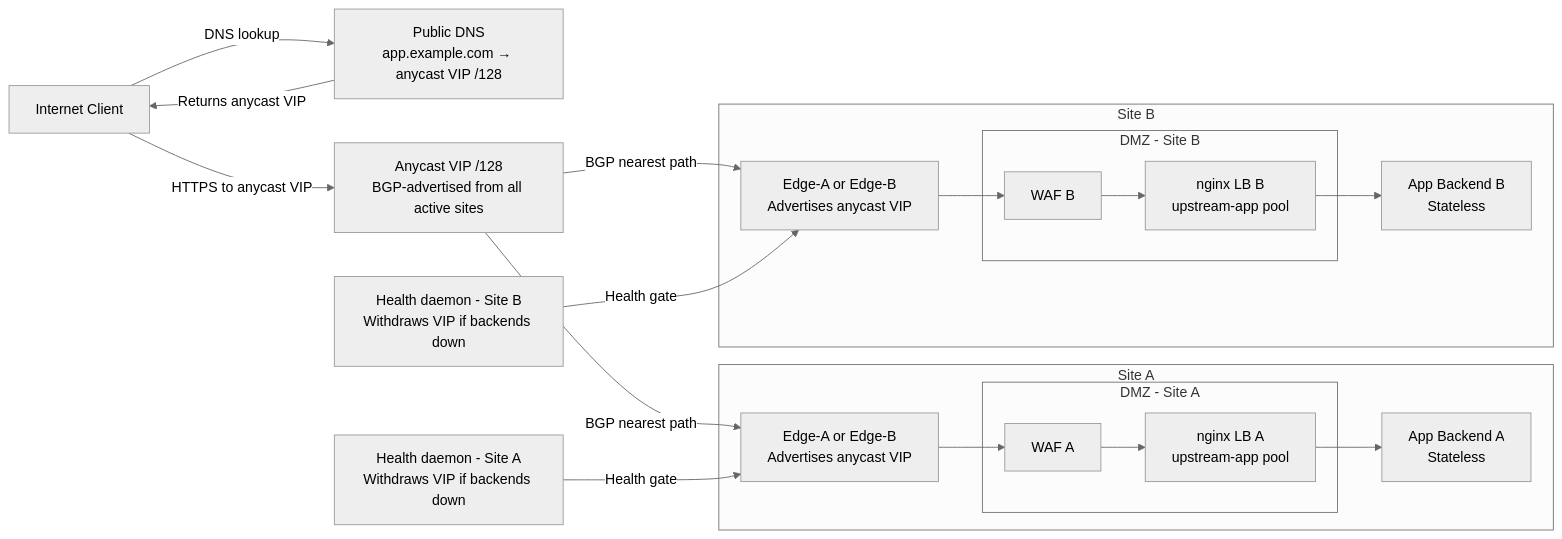
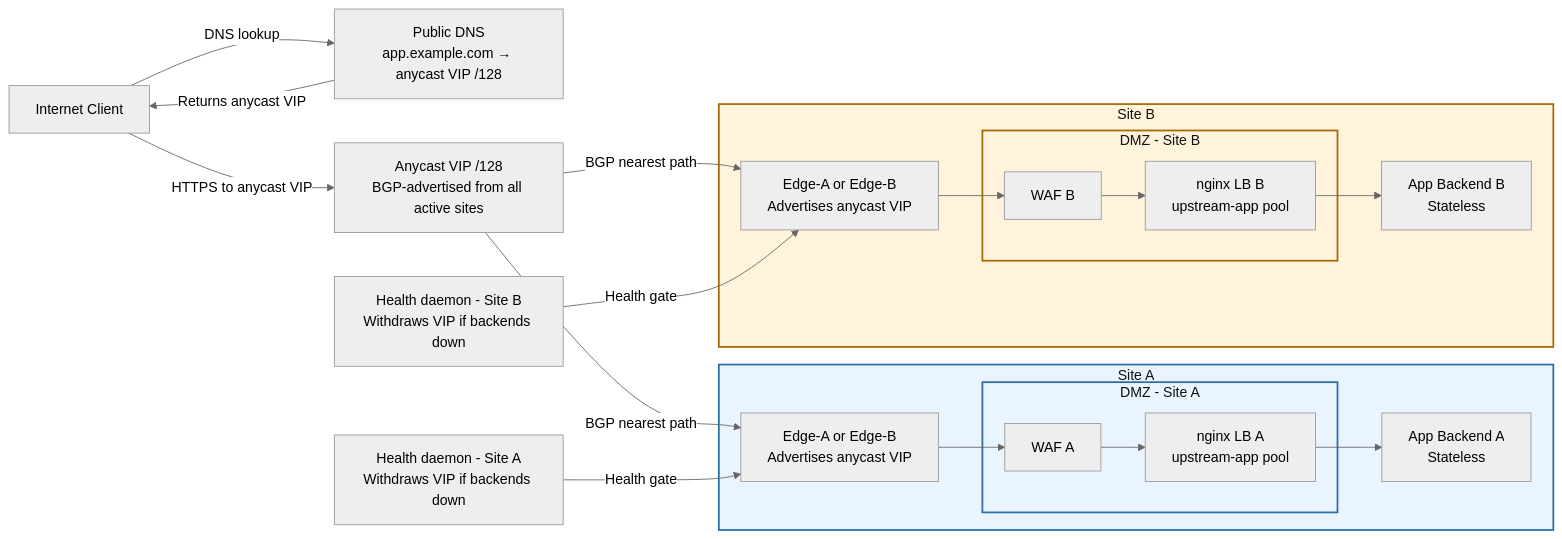
The second of 5 diagrams in network-spanned-dc/docs/03_diagrams/published_apps_flow.mmd.md (pancakesaregood/distributed-dc), drawn with Mermaid (neutral theme) before and after one commit. The commit also changed other lines of this file and 11 other files, not shown here.

Commit message:
diagram beautification

````diff
--- a/network-spanned-dc/docs/03_diagrams/published_apps_flow.mmd.md
+++ b/network-spanned-dc/docs/03_diagrams/published_apps_flow.mmd.md
@@ -48,40 +48,45 @@
 ```mermaid
 graph LR
 
   INET["Internet Client"]
   ANYDNS["Public DNS<br/>app.example.com → anycast VIP /128"]
   ANYING["Anycast VIP /128<br/>BGP-advertised from all active sites"]
 
   subgraph SA[Site A]
     EA["Edge-A or Edge-B<br/>Advertises anycast VIP"]
     subgraph DMZA[DMZ - Site A]
       WAFA["WAF A"]
       LBA["nginx LB A<br/>upstream-app pool"]
     end
     APPA["App Backend A<br/>Stateless"]
   end
 
   subgraph SB[Site B]
     EB["Edge-A or Edge-B<br/>Advertises anycast VIP"]
     subgraph DMZB[DMZ - Site B]
       WAFB["WAF B"]
       LBB["nginx LB B<br/>upstream-app pool"]
     end
     APPB["App Backend B<br/>Stateless"]
   end
 
   HEALTHA["Health daemon - Site A<br/>Withdraws VIP if backends down"]
   HEALTHB["Health daemon - Site B<br/>Withdraws VIP if backends down"]
 
   INET -->|DNS lookup| ANYDNS
   ANYDNS -->|Returns anycast VIP| INET
   INET -->|HTTPS to anycast VIP| ANYING
   ANYING -->|BGP nearest path| EA
   ANYING -->|BGP nearest path| EB
 
   EA --> WAFA --> LBA --> APPA
   EB --> WAFB --> LBB --> APPB
 
   HEALTHA -->|Health gate| EA
   HEALTHB -->|Health gate| EB
+
+  style SA fill:#EAF4FF,stroke:#2E6DA4,stroke-width:2px,color:#111111
+  style DMZA fill:#EAF4FF,stroke:#2E6DA4,stroke-width:2px,color:#111111
+  style SB fill:#FFF4DB,stroke:#A56A00,stroke-width:2px,color:#111111
+  style DMZB fill:#FFF4DB,stroke:#A56A00,stroke-width:2px,color:#111111
 ```
````
